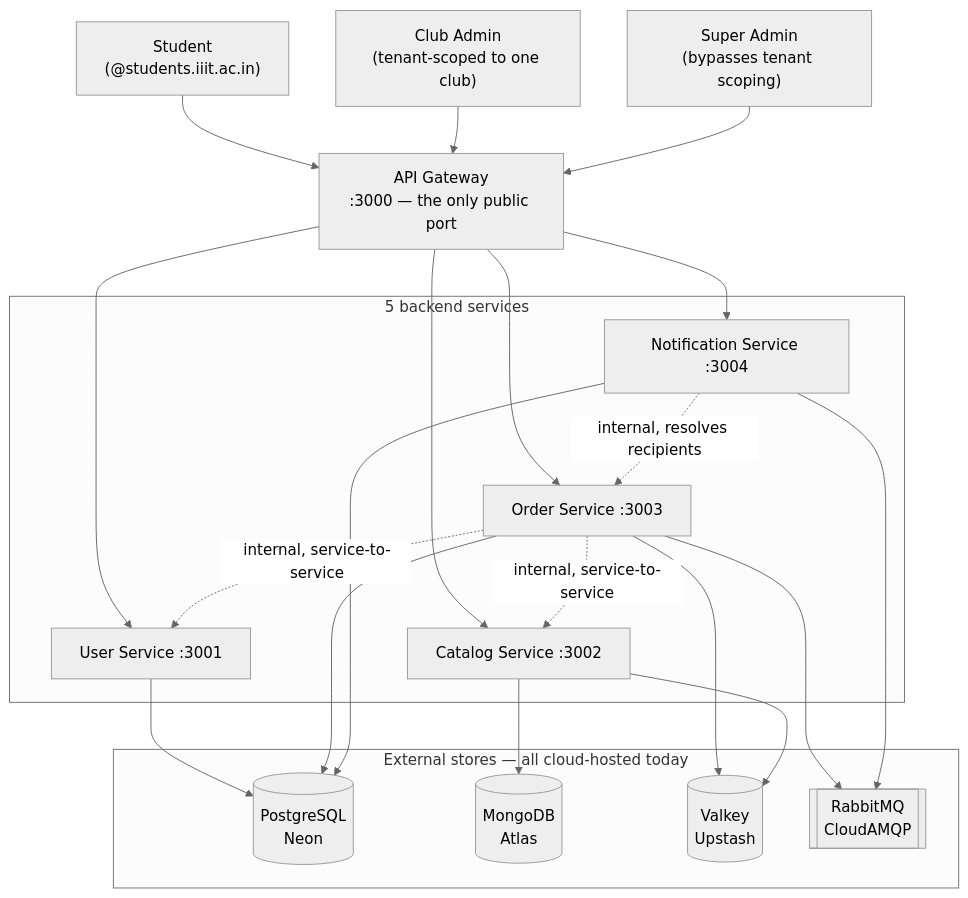
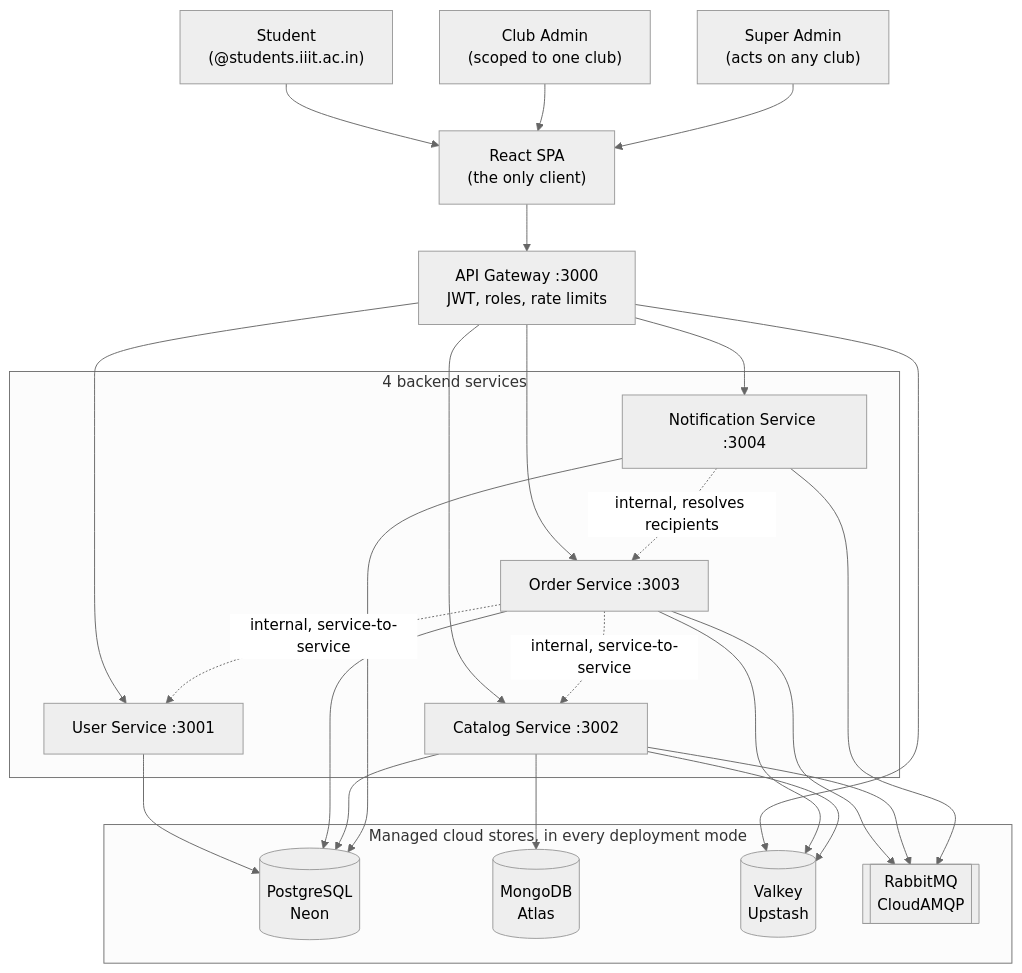
Before and after one commit to RajaiTarun/MerchFlow: the diagram in docs/system-design/HLD/01-system-context.md, drawn with Mermaid (neutral theme). The commit also changed other lines of this file and 8 other files, not shown here.

````diff
--- a/docs/system-design/HLD/01-system-context.md
+++ b/docs/system-design/HLD/01-system-context.md
@@ -5,43 +5,48 @@
 ```mermaid
 flowchart TB
     Student["Student\n(@students.iiit.ac.in)"]
-    ClubAdmin["Club Admin\n(tenant-scoped to one club)"]
-    SuperAdmin["Super Admin\n(bypasses tenant scoping)"]
+    ClubAdmin["Club Admin\n(scoped to one club)"]
+    SuperAdmin["Super Admin\n(acts on any club)"]
 
-    Gateway["API Gateway\n:3000 — the only public port"]
+    Frontend["React SPA\n(the only client)"]
+    Gateway["API Gateway :3000\nJWT, roles, rate limits"]
 
-    subgraph Services["5 backend services"]
+    subgraph Services["4 backend services"]
         User["User Service :3001"]
         Catalog["Catalog Service :3002"]
         Order["Order Service :3003"]
         Notification["Notification Service :3004"]
     end
 
-    subgraph Stores["External stores — all cloud-hosted today"]
+    subgraph Stores["Managed cloud stores, in every deployment mode"]
         PG[("PostgreSQL\nNeon")]
         Mongo[("MongoDB\nAtlas")]
         Valkey[("Valkey\nUpstash")]
         MQ[["RabbitMQ\nCloudAMQP"]]
     end
 
-    Student --> Gateway
-    ClubAdmin --> Gateway
-    SuperAdmin --> Gateway
+    Student --> Frontend
+    ClubAdmin --> Frontend
+    SuperAdmin --> Frontend
+    Frontend --> Gateway
 
     Gateway --> User
     Gateway --> Catalog
     Gateway --> Order
     Gateway --> Notification
+    Gateway --> Valkey
 
     User --> PG
     Order --> PG
     Order --> Valkey
     Order -. "internal, service-to-service" .-> User
     Order -. "internal, service-to-service" .-> Catalog
     Catalog --> Mongo
     Catalog --> Valkey
+    Catalog --> PG
     Notification --> PG
     Order --> MQ
+    Catalog --> MQ
     Notification --> MQ
     Notification -. "internal, resolves recipients" .-> Order
 ```
````
